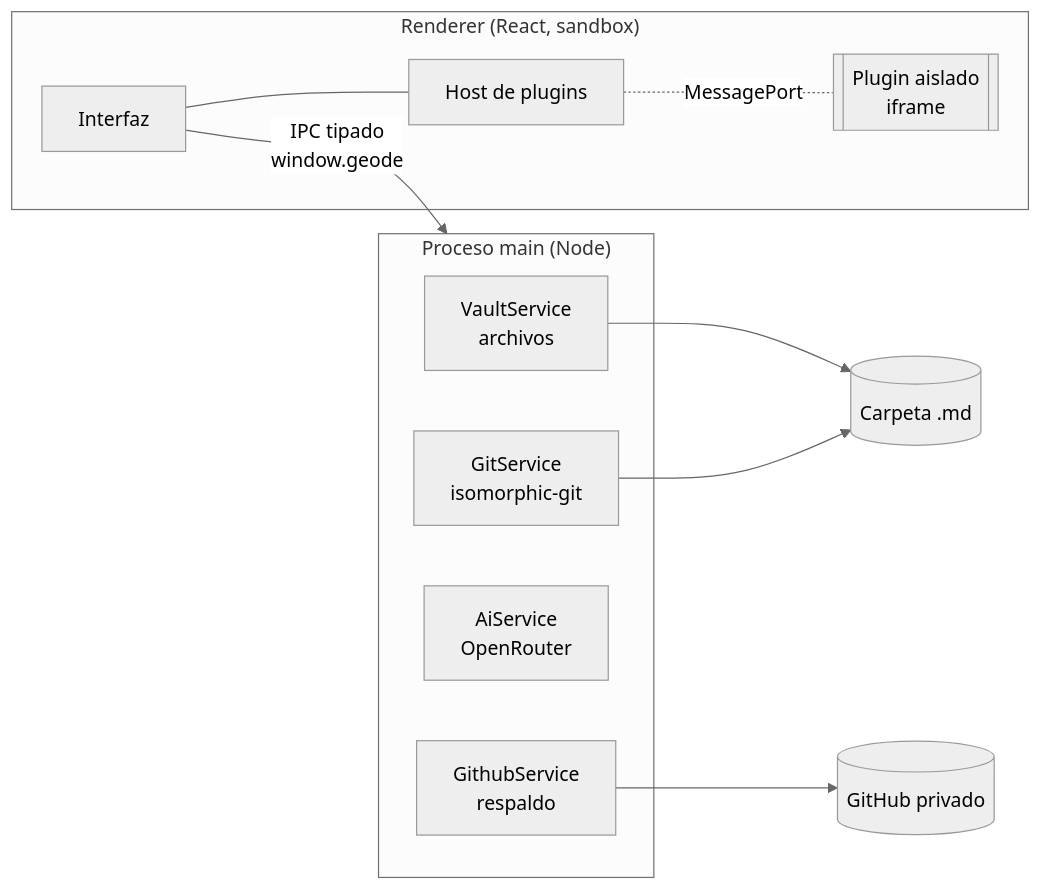
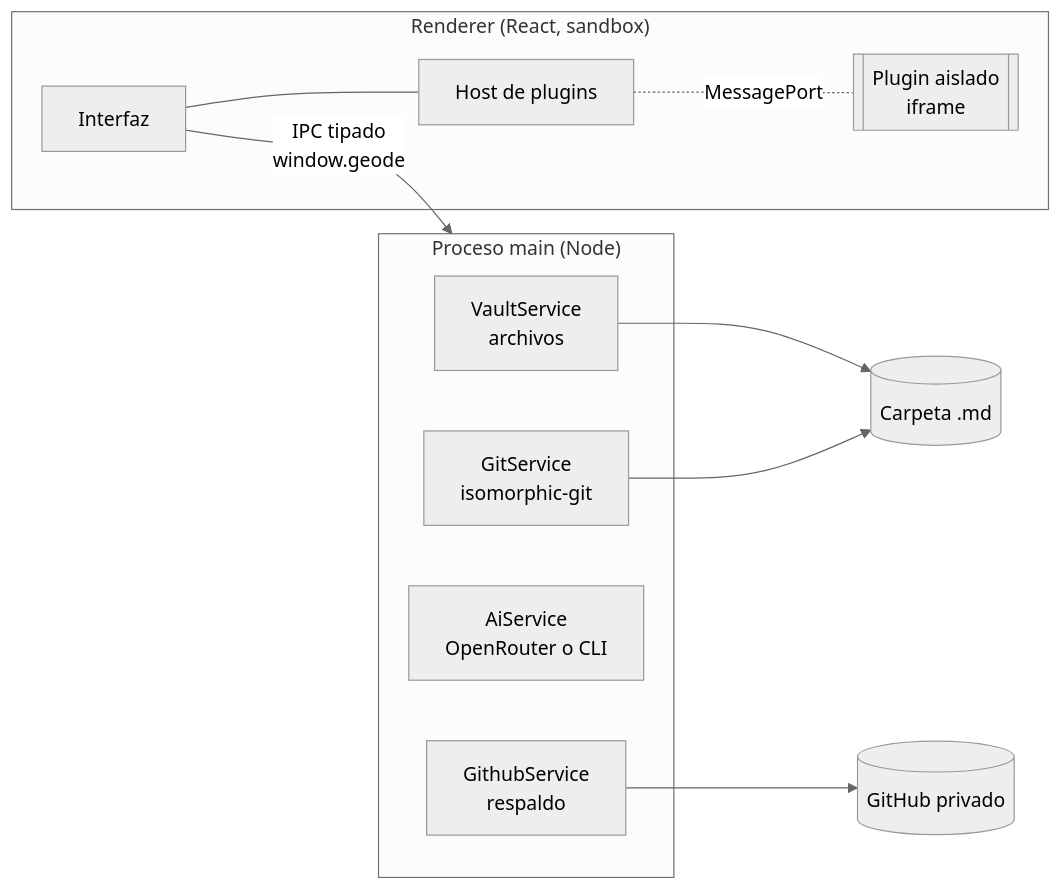
One commit to chewax/geode changed the diagram in README.md. Above: the diagram before and after it, drawn with Mermaid (neutral theme). The commit also changed other lines of this file and 11 other files, not shown here.

````diff
--- a/README.md
+++ b/README.md
@@ -186,17 +191,17 @@
 ```mermaid
 flowchart LR
   subgraph Renderer["Renderer (React, sandbox)"]
     UI[Interfaz] --- Host[Host de plugins]
     Host -. MessagePort .- P1[[Plugin aislado<br/>iframe]]
   end
   subgraph Main["Proceso main (Node)"]
     Vault[VaultService<br/>archivos]
     Git[GitService<br/>isomorphic-git]
-    AI[AiService<br/>OpenRouter]
+    AI[AiService<br/>OpenRouter o CLI]
     GH[GithubService<br/>respaldo]
   end
   UI -- IPC tipado<br/>window.geode --> Main
   Vault --> Disk[(Carpeta .md)]
   Git --> Disk
   GH --> Cloud[(GitHub privado)]
 ```
````
